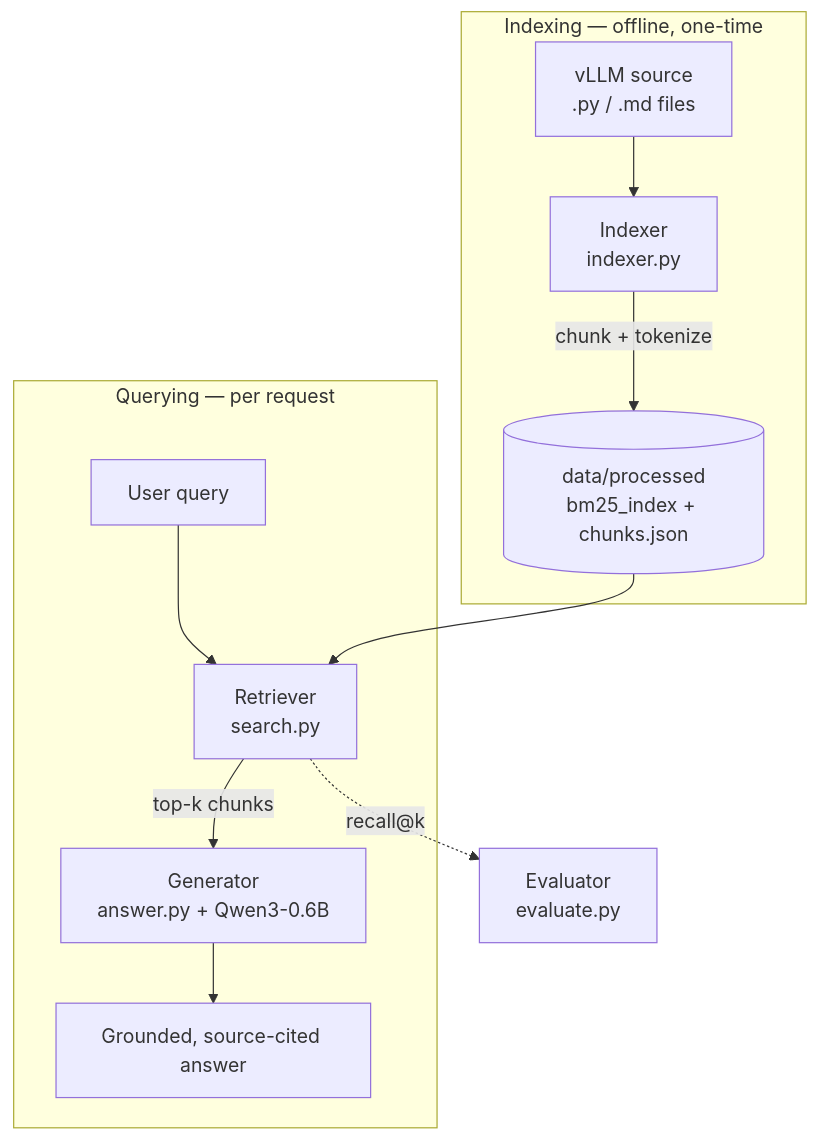
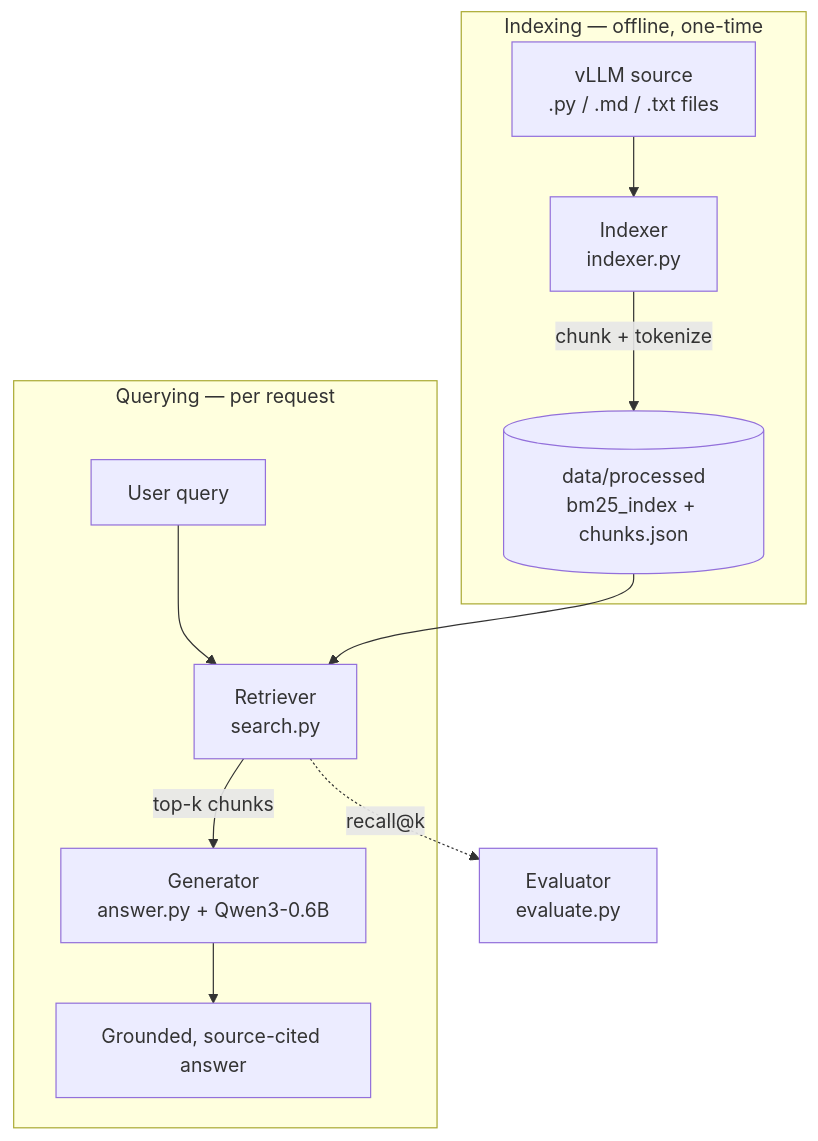
The diagram in README.md (marco-kraemer/RAG_against_the_machine), drawn with Mermaid before and after one commit. The commit also changed other lines of this file and 1 other file, not shown here.

First line of the commit message:
Index .txt files alongside .py and .md

````diff
--- a/README.md
+++ b/README.md
@@ -107,16 +107,16 @@
 ```mermaid
 flowchart TD
     subgraph Indexing["Indexing — offline, one-time"]
-        SRC["vLLM source<br/>.py / .md files"] --> IDX["Indexer<br/>indexer.py"]
+        SRC["vLLM source<br/>.py / .md / .txt files"] --> IDX["Indexer<br/>indexer.py"]
         IDX -->|"chunk + tokenize"| STORE[("data/processed<br/>bm25_index + chunks.json")]
     end
 
     subgraph Querying["Querying — per request"]
         Q["User query"] --> RET["Retriever<br/>search.py"]
         STORE --> RET
         RET -->|"top-k chunks"| GEN["Generator<br/>answer.py + Qwen3-0.6B"]
         GEN --> ANS["Grounded, source-cited answer"]
     end
 
     RET -.->|"recall@k"| EVAL["Evaluator<br/>evaluate.py"]
 ```
````
